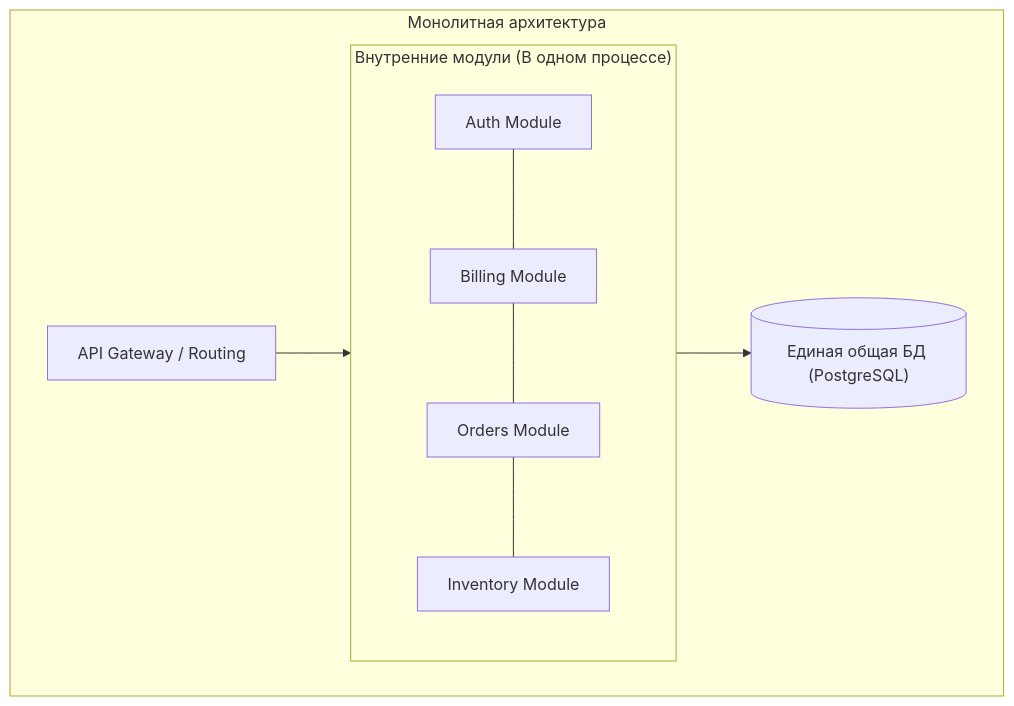
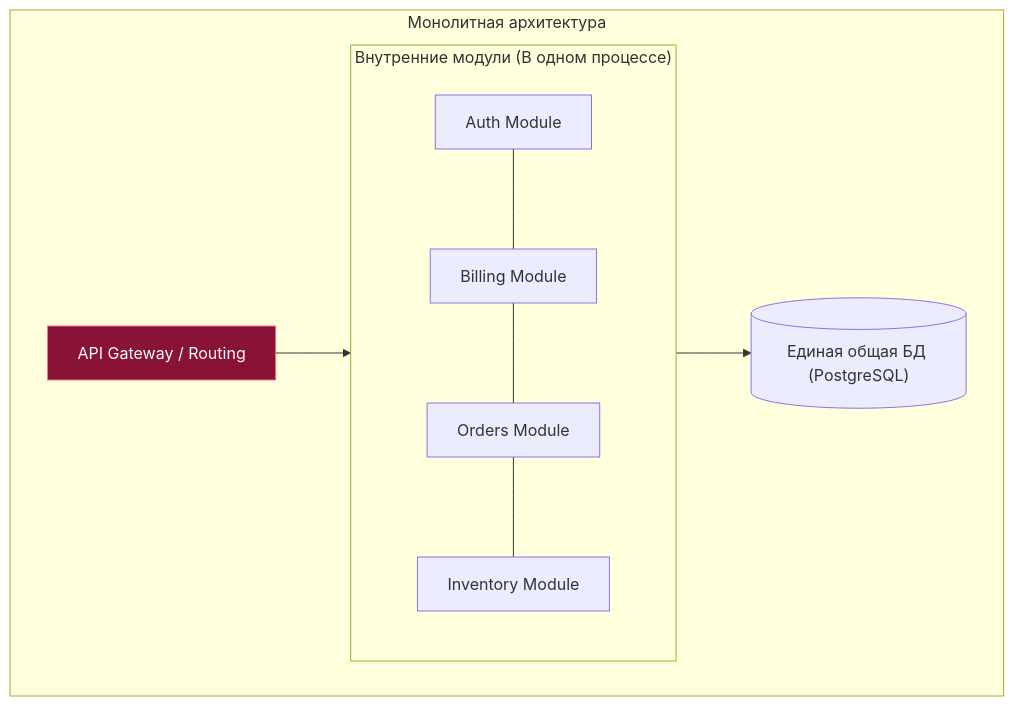
One commit to UnrealTemplier/go-textbook changed the first of 2 diagrams in sources/14. Распределенные системы на Go/04. Микросервисы/1. Что такое микросервис.md. Above: the diagram before and after it, drawn with Mermaid. The commit also changed other lines of this file and 1666 other files, not shown here.

First line of the commit message:
feat(mermaid): add semantic color classDef to 1369 colorless flowchart/graph diagrams

````diff
--- a/sources/14. Распределенные системы на Go/04. Микросервисы/1. Что такое микросервис.md
+++ b/sources/14. Распределенные системы на Go/04. Микросервисы/1. Что такое микросервис.md
@@ -17,12 +17,22 @@
 ```mermaid
 flowchart TD
+    classDef process  fill:#1e293b,stroke:#38bdf8,stroke-width:1px,color:#f8fafc
+    classDef success  fill:#064e3b,stroke:#34d399,stroke-width:1px,color:#f8fafc
+    classDef error    fill:#7f1d1d,stroke:#f87171,stroke-width:1px,color:#f8fafc
+    classDef warning  fill:#78350f,stroke:#fbbf24,stroke-width:1px,color:#f8fafc
+    classDef entry    fill:#1e3a5f,stroke:#38bdf8,stroke-width:2px,color:#f8fafc
+    classDef aux      fill:#334155,stroke:#64748b,stroke-width:1px,color:#f8fafc
+    classDef system   fill:#312e81,stroke:#a78bfa,stroke-width:1px,color:#f8fafc
+    classDef data     fill:#132d29,stroke:#2dd4bf,stroke-width:1px,color:#f8fafc
+    classDef network  fill:#881337,stroke:#fb7185,stroke-width:1px,color:#f8fafc
+    classDef accent   fill:#1e1b4b,stroke:#818cf8,stroke-width:1px,color:#f8fafc
     subgraph MonolithApp ["Монолитная архитектура"]
-        UI["API Gateway / Routing"] --> Core["Единый бинарный процесс"]
+        UI["API Gateway / Routing"]:::network --> Core["Единый бинарный процесс"]
         subgraph Core ["Внутренние модули (В одном процессе)"]
             M1["Auth Module"] --- M2["Billing Module"]
             M2 --- M3["Orders Module"]
             M3 --- M4["Inventory Module"]
         end
         Core --> DB[("Единая общая БД (PostgreSQL)")]
     end
 ```
````
